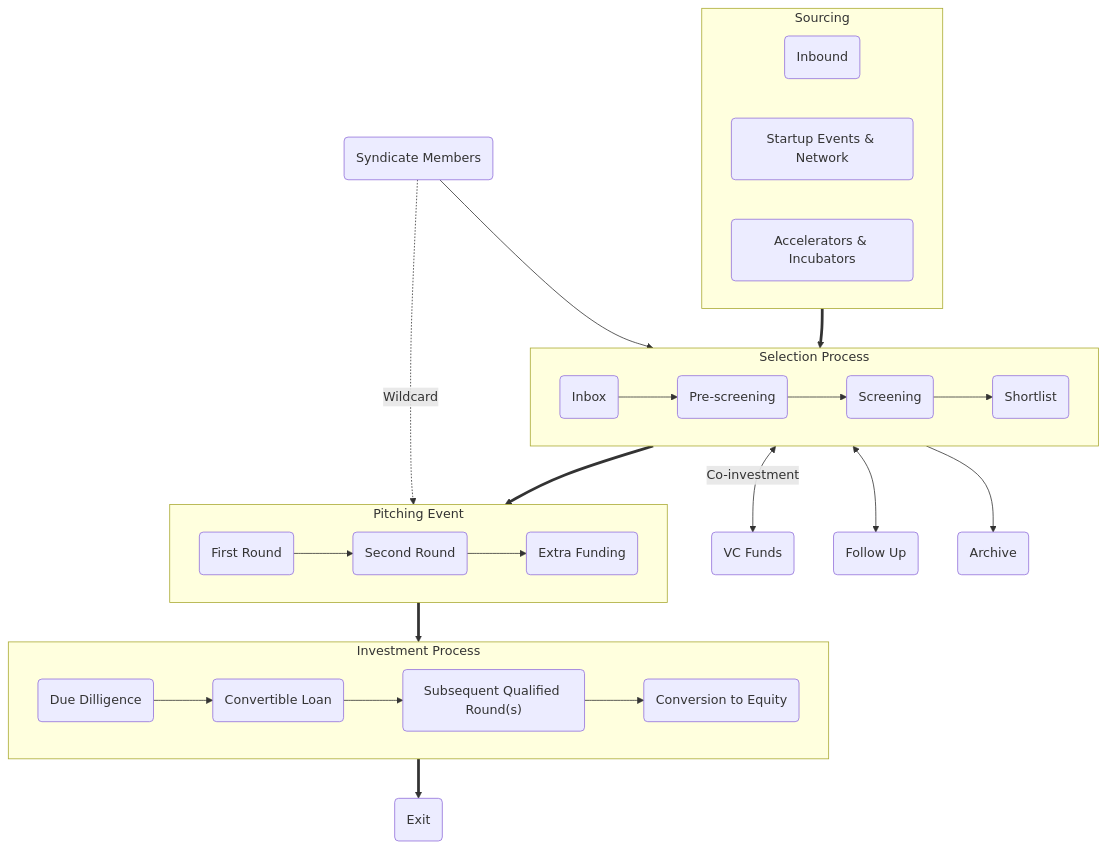
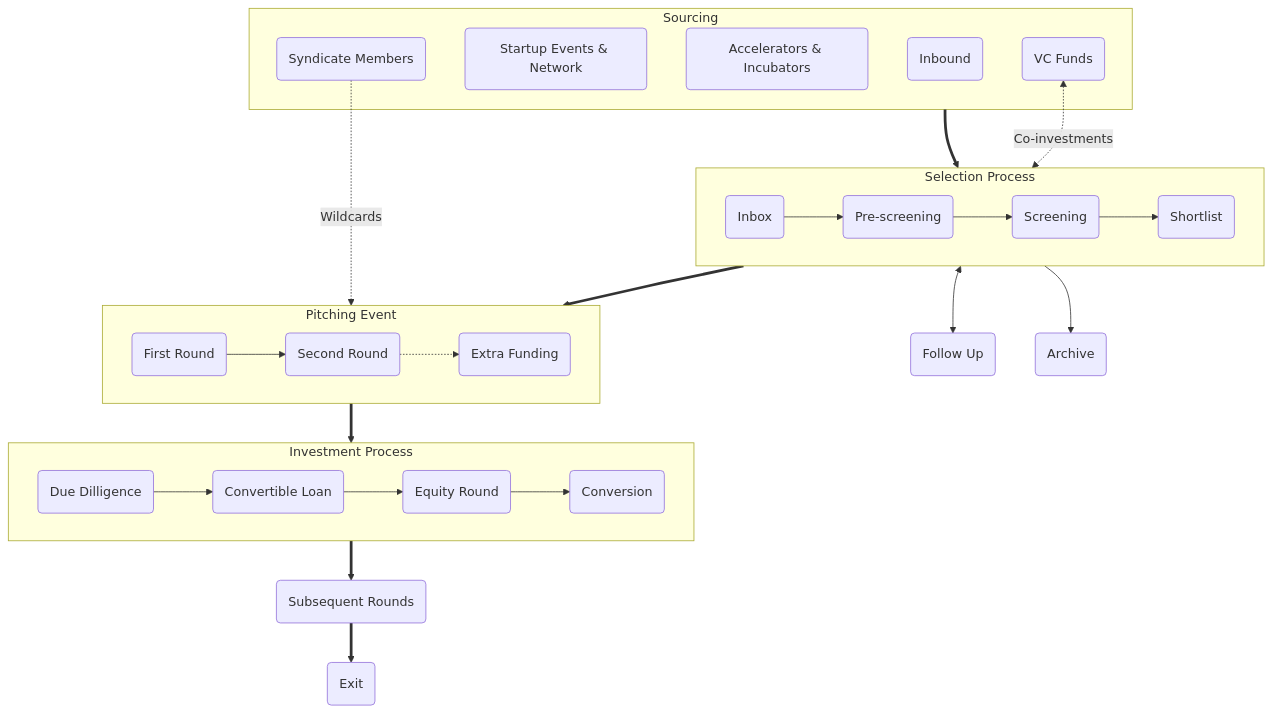
The diagram in content/english/pages/how-we-invest.md (kdsp-net/gluon-web), drawn with Mermaid before and after one commit. The commit also changed 3 other files, not shown here.

````diff
--- a/content/english/pages/how-we-invest.md
+++ b/content/english/pages/how-we-invest.md
@@ -11,73 +11,76 @@
 ```mermaid
 
 flowchart TD
 
 inbound("Inbound")
 events("Startup Events & Network")
 accelerators("Accelerators & Incubators")
 members("Syndicate Members")
 inbox("Inbox")
 prescreening("Pre-screening")
 screening("Screening")
 shortlist("Shortlist")
 vc("VC Funds")
 followup("Follow Up")
 archive("Archive")
 firstRound("First Round")
 secondRound("Second Round")
 extraFunding("Extra Funding")
 dueDilligence("Due Dilligence")
 cla("Convertible Loan")
-qualifiedRound("Subsequent Qualified Round(s)")
-conversion("Conversion to Equity")
+qualifiedRound("Equity Round")
+conversion("Conversion")
+subsequentRounds("Subsequent Rounds")
 exit("Exit")
 
 click inbox href "#inbox"
 click prescreening href "#pre-screening"
 click screening href "#screening"
 click shortlist href "#shortlist"
 click firstRound href "#first-round"
 click secondRound href "#second-round"
 click extraFunding href "#extra-funding"
 
 subgraph sourcing ["Sourcing"]
   inbound
   events
   accelerators
+  vc
+  members
 end
 
+vc <-. "Co-investments" .-> selection
 sourcing ==> selection
-members --> selection
 
 subgraph selection ["Selection Process"]
   direction LR
   inbox --> prescreening
   prescreening --> screening
   screening --> shortlist
 end
 
 selection <--> followup
 selection ==> event
 selection --> archive
-selection <-- "Co-investment" --> vc
 
-members -. "Wildcard" .-> event
+members -. "Wildcards" .-> event
 
 subgraph event ["Pitching Event"]
   direction LR
   firstRound --> secondRound
-  secondRound --> extraFunding
+  secondRound .-> extraFunding
 end
 
 event ==> investment
 
 subgraph investment ["Investment Process"]
   direction LR
   dueDilligence --> cla
   cla --> qualifiedRound
   qualifiedRound --> conversion
 end
 
-investment ==> exit    
+investment ==> subsequentRounds
+subsequentRounds ==> exit    
 
 ```
````
